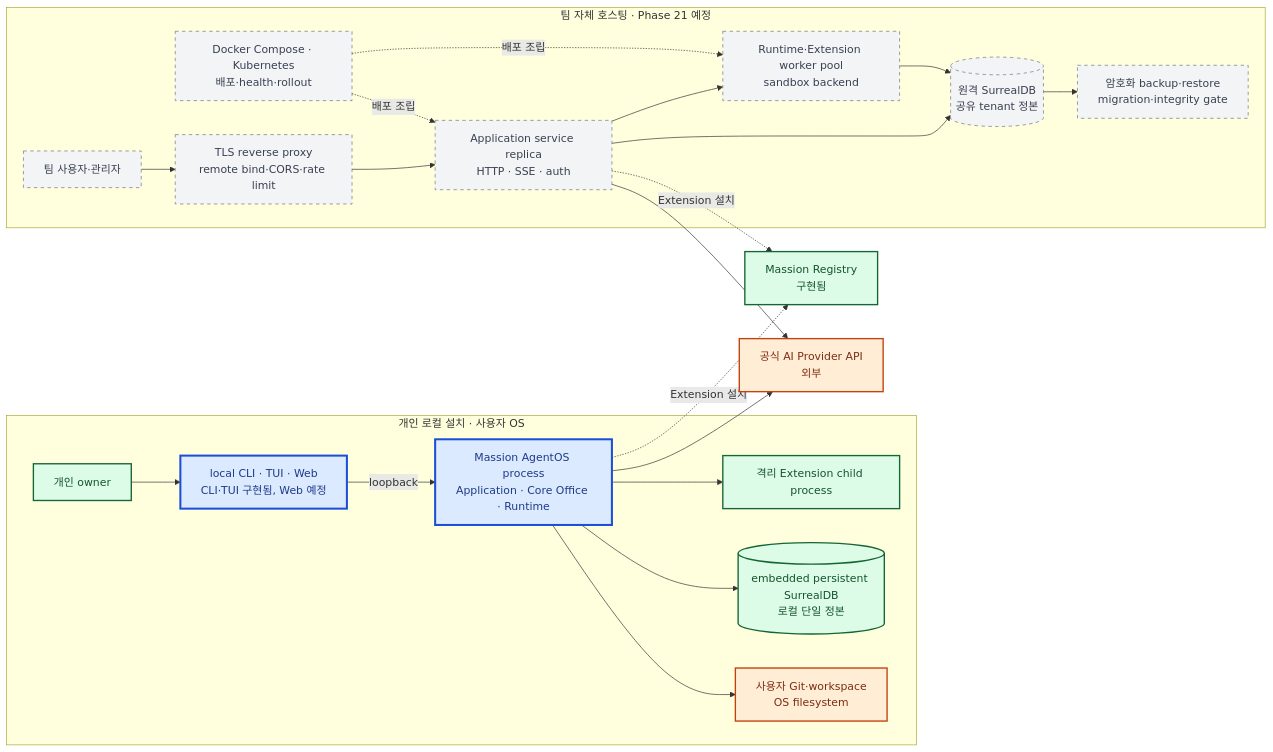
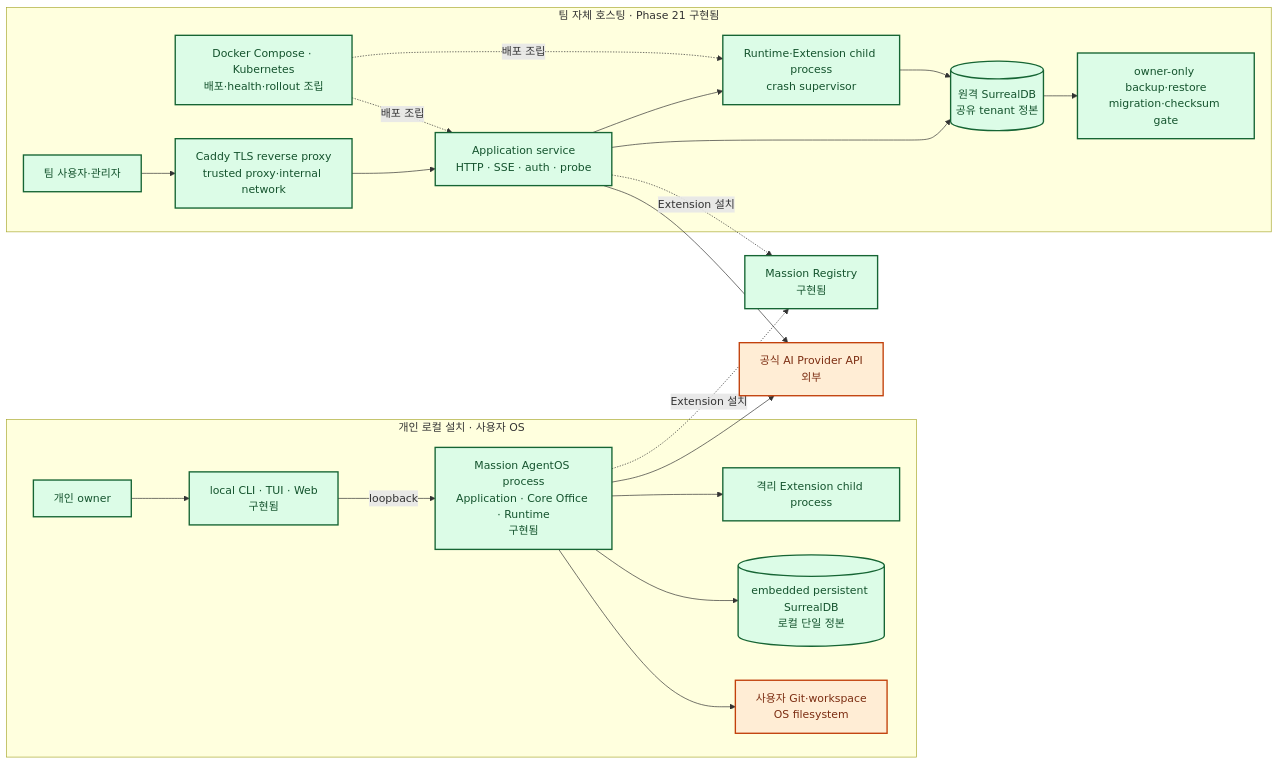
Before and after one commit to jabdori/massion: the tenth of 10 diagrams in docs/architecture/README.md, drawn with Mermaid. The commit also changed other lines of this file and 4 other files, not shown here.

````diff
--- a/docs/architecture/README.md
+++ b/docs/architecture/README.md
@@ -581,48 +581,48 @@
 ```mermaid
 flowchart LR
   classDef implemented fill:#dcfce7,stroke:#166534,color:#14532d,stroke-width:2px;
   classDef implementing fill:#dbeafe,stroke:#1d4ed8,color:#1e3a8a,stroke-width:3px;
   classDef planned fill:#f3f4f6,stroke:#6b7280,color:#374151,stroke-width:1px,stroke-dasharray:5 5;
   classDef external fill:#ffedd5,stroke:#c2410c,color:#7c2d12,stroke-width:2px;
 
   subgraph Local["개인 로컬 설치 · 사용자 OS"]
     LocalUser["개인 owner"]:::implemented
-    LocalSurface["local CLI · TUI · Web<br/>CLI·TUI 구현됨, Web 예정"]:::implementing
-    LocalCore["Massion AgentOS process<br/>Application · Core Office · Runtime"]:::implementing
+    LocalSurface["local CLI · TUI · Web<br/>구현됨"]:::implemented
+    LocalCore["Massion AgentOS process<br/>Application · Core Office · Runtime<br/>구현됨"]:::implemented
     LocalWorkers["격리 Extension child process"]:::implemented
     LocalDB[("embedded persistent SurrealDB<br/>로컬 단일 정본")]:::implemented
     LocalFiles["사용자 Git·workspace<br/>OS filesystem"]:::external
 
     LocalUser --> LocalSurface
     LocalSurface -->|loopback| LocalCore
     LocalCore --> LocalDB
     LocalCore --> LocalWorkers
     LocalCore --> LocalFiles
   end
 
-  subgraph Team["팀 자체 호스팅 · Phase 21 예정"]
-    TeamUsers["팀 사용자·관리자"]:::planned
-    Proxy["TLS reverse proxy<br/>remote bind·CORS·rate limit"]:::planned
-    Apps["Application service replica<br/>HTTP · SSE · auth"]:::planned
-    RuntimePool["Runtime·Extension worker pool<br/>sandbox backend"]:::planned
-    SharedDB[("원격 SurrealDB<br/>공유 tenant 정본")]:::planned
-    Backup["암호화 backup·restore<br/>migration·integrity gate"]:::planned
-    K8s["Docker Compose · Kubernetes<br/>배포·health·rollout"]:::planned
+  subgraph Team["팀 자체 호스팅 · Phase 21 구현됨"]
+    TeamUsers["팀 사용자·관리자"]:::implemented
+    Proxy["Caddy TLS reverse proxy<br/>trusted proxy·internal network"]:::implemented
+    Apps["Application service<br/>HTTP · SSE · auth · probe"]:::implemented
+    RuntimePool["Runtime·Extension child process<br/>crash supervisor"]:::implemented
+    SharedDB[("원격 SurrealDB<br/>공유 tenant 정본")]:::implemented
+    Backup["owner-only backup·restore<br/>migration·checksum gate"]:::implemented
+    K8s["Docker Compose · Kubernetes<br/>배포·health·rollout 조립"]:::implemented
 
     TeamUsers --> Proxy
     Proxy --> Apps
     Apps --> RuntimePool
     Apps --> SharedDB
     RuntimePool --> SharedDB
     SharedDB --> Backup
     K8s -. "배포 조립" .-> Apps
     K8s -. "배포 조립" .-> RuntimePool
   end
 
   Registry["Massion Registry<br/>구현됨"]:::implemented
   Providers["공식 AI Provider API<br/>외부"]:::external
   LocalCore --> Providers
   Apps --> Providers
   LocalCore -. "Extension 설치" .-> Registry
   Apps -. "Extension 설치" .-> Registry
 ```
````
